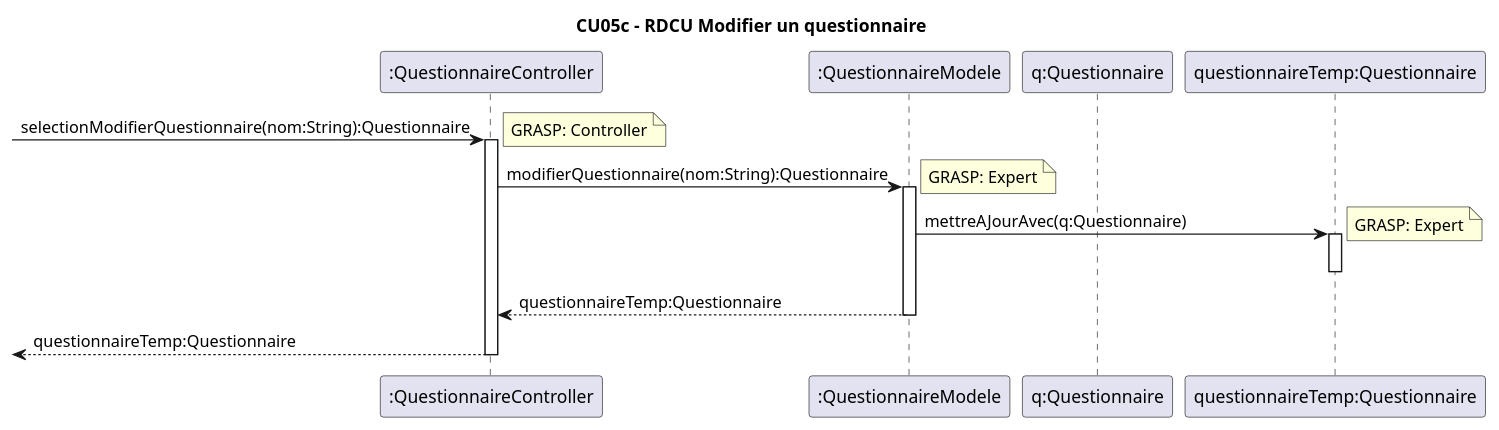
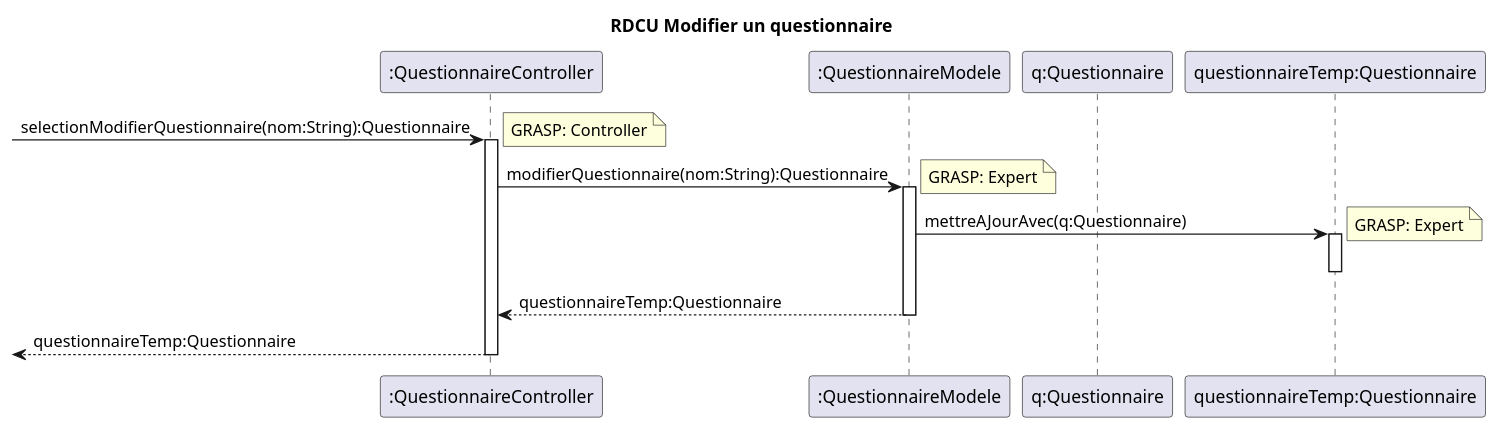
One commit to xMrYahya/moodle-clone changed the diagram in docs/modeles/cu05/rdcu-selection-modifier-questionnaire.puml. Above: the diagram before and after it, drawn with PlantUML. The commit also changed 14 other files, not shown here.

Commit message:
fix de noms de diagrammes

```diff
--- a/docs/modeles/cu05/rdcu-selection-modifier-questionnaire.puml
+++ b/docs/modeles/cu05/rdcu-selection-modifier-questionnaire.puml
@@ -1,19 +1,19 @@
 @startuml
-title CU05c - RDCU Modifier un questionnaire
+title RDCU Modifier un questionnaire
 
 participant ":QuestionnaireController" as controller
 participant ":QuestionnaireModele" as questionnaireModele
 participant "q:Questionnaire" as q
 participant "questionnaireTemp:Questionnaire" as temp
 
 -> controller ++: selectionModifierQuestionnaire(nom:String):Questionnaire
 note right: GRASP: Controller
 controller -> questionnaireModele ++: modifierQuestionnaire(nom:String):Questionnaire
 note right: GRASP: Expert
 questionnaireModele -> temp ++: mettreAJourAvec(q:Questionnaire)
 note right: GRASP: Expert
 deactivate temp
 questionnaireModele --> controller --: questionnaireTemp:Questionnaire
 <-- controller --: questionnaireTemp:Questionnaire
 
 @enduml
```
